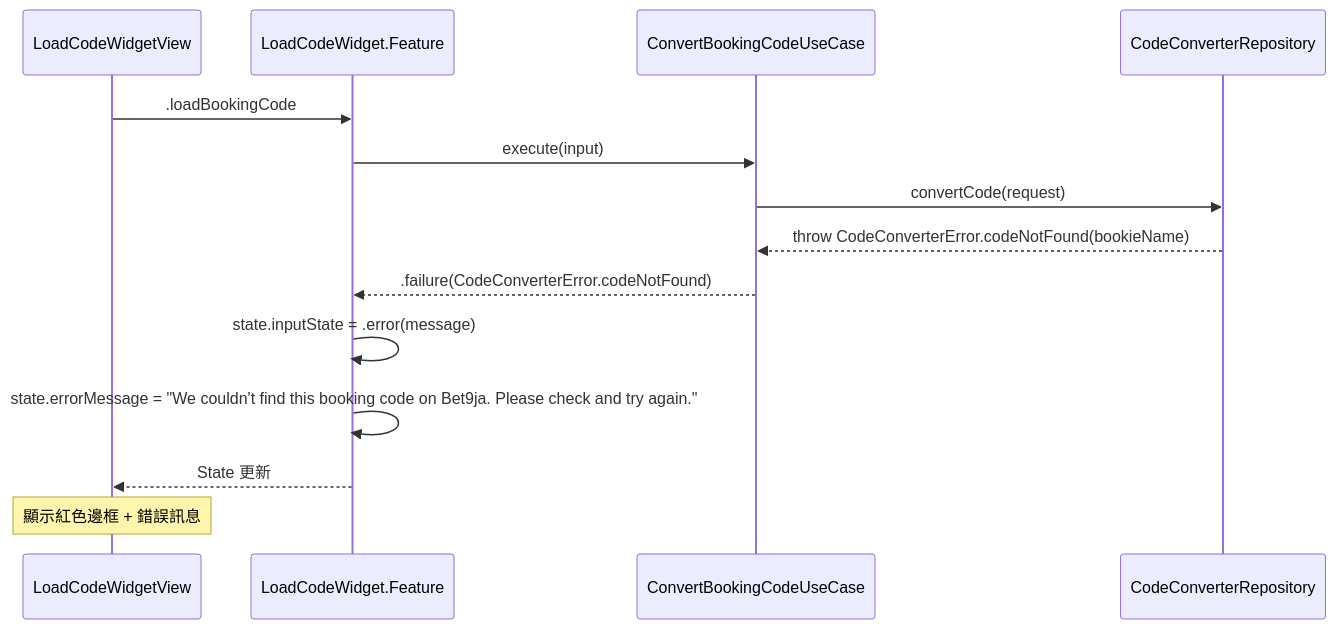
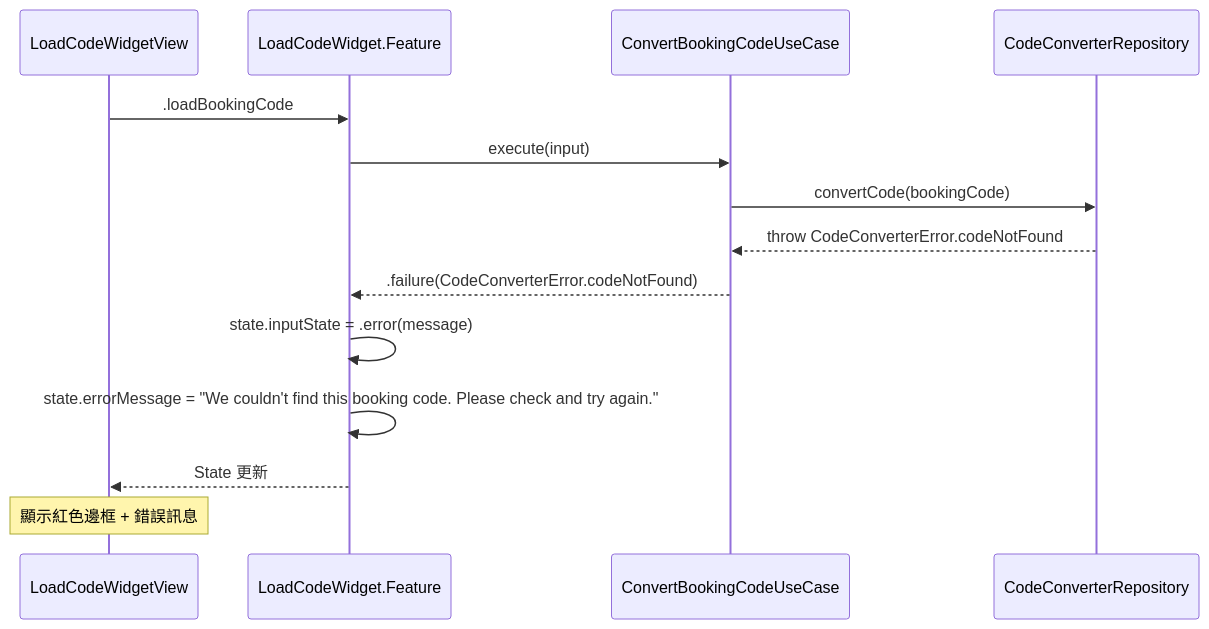
One commit to HsinChungHan/Code_Converter_TDD changed the fourth of 6 diagrams in TDD/05_Module Sequence Diagram/Module Sequence Diagrams/02_data_interaction_convert_code.md. Above: the diagram before and after it, drawn with Mermaid. The commit also changed other lines of this file and 38 other files, not shown here.

````diff
--- a/TDD/05_Module Sequence Diagram/Module Sequence Diagrams/02_data_interaction_convert_code.md
+++ b/TDD/05_Module Sequence Diagram/Module Sequence Diagrams/02_data_interaction_convert_code.md
@@ -397,23 +387,23 @@
 ```mermaid
 sequenceDiagram
     participant UI as LoadCodeWidgetView
     participant Feature as LoadCodeWidget.Feature
     participant UC as ConvertBookingCodeUseCase
     participant CCRepo as CodeConverterRepository
 
     UI->>Feature: .loadBookingCode
     
     Feature->>UC: execute(input)
     
-    UC->>CCRepo: convertCode(request)
-    CCRepo-->>UC: throw CodeConverterError.codeNotFound(bookieName)
+    UC->>CCRepo: convertCode(bookingCode)
+    CCRepo-->>UC: throw CodeConverterError.codeNotFound
     
     UC-->>Feature: .failure(CodeConverterError.codeNotFound)
     
     Feature->>Feature: state.inputState = .error(message)
-    Feature->>Feature: state.errorMessage = "We couldn't find this booking code on Bet9ja. Please check and try again."
+    Feature->>Feature: state.errorMessage = "We couldn't find this booking code. Please check and try again."
     
     Feature-->>UI: State 更新
     
     Note over UI: 顯示紅色邊框 + 錯誤訊息
 ```
````
